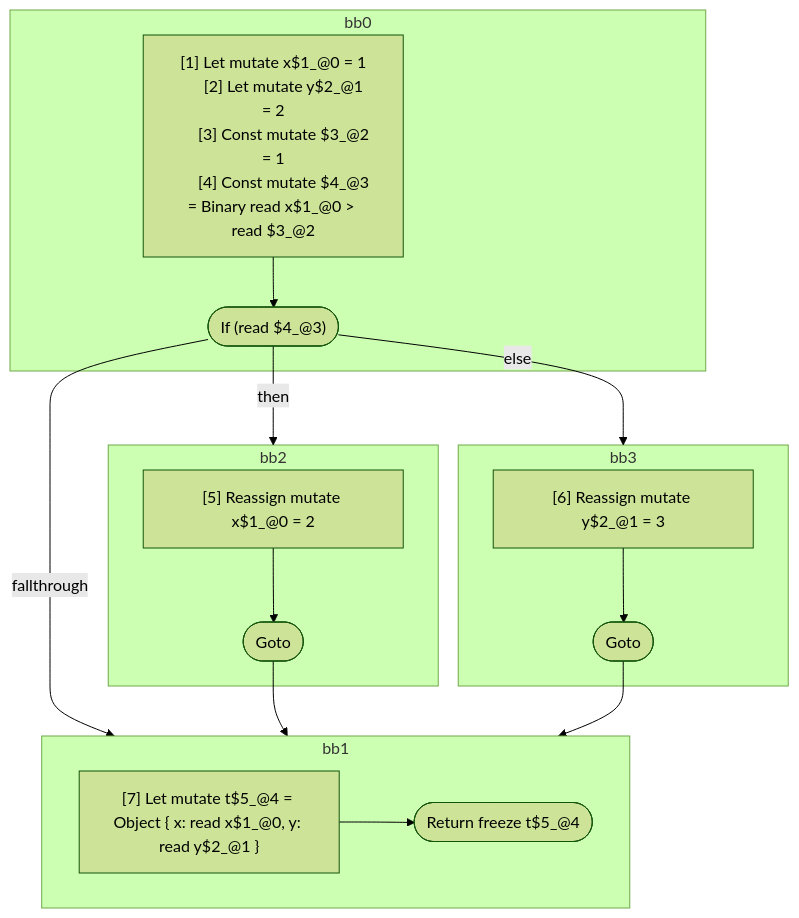
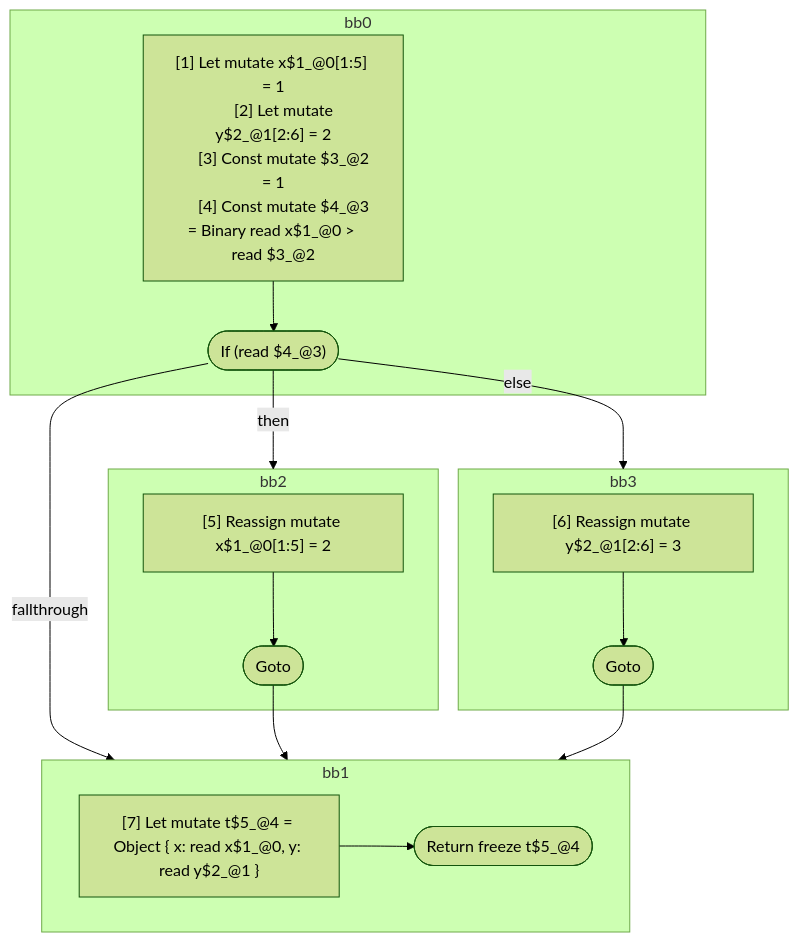
Before and after one commit to wutsmog/private: the diagram in compiler/forget/src/__tests__/fixtures/hir/ssa-objectexpression-phi.expect.md, drawn with Mermaid (forest theme). The commit also changed other lines of this file and 33 other files, not shown here.

````diff
--- a/compiler/forget/src/__tests__/fixtures/hir/ssa-objectexpression-phi.expect.md
+++ b/compiler/forget/src/__tests__/fixtures/hir/ssa-objectexpression-phi.expect.md
@@ -46,39 +46,39 @@
 ```mermaid
 flowchart TB
   %% Basic Blocks
   subgraph bb0
     bb0_instrs["
-      [1] Let mutate x$1_@0 = 1
-      [2] Let mutate y$2_@1 = 2
+      [1] Let mutate x$1_@0[1:5] = 1
+      [2] Let mutate y$2_@1[2:6] = 2
       [3] Const mutate $3_@2 = 1
       [4] Const mutate $4_@3 = Binary read x$1_@0 > read $3_@2
     "]
     bb0_instrs --> bb0_terminal(["If (read $4_@3)"])
   end
   subgraph bb2
     bb2_instrs["
-      [5] Reassign mutate x$1_@0 = 2
+      [5] Reassign mutate x$1_@0[1:5] = 2
     "]
     bb2_instrs --> bb2_terminal(["Goto"])
   end
   subgraph bb3
     bb3_instrs["
-      [6] Reassign mutate y$2_@1 = 3
+      [6] Reassign mutate y$2_@1[2:6] = 3
     "]
     bb3_instrs --> bb3_terminal(["Goto"])
   end
   subgraph bb1
     bb1_instrs["
       [7] Let mutate t$5_@4 = Object { x: read x$1_@0, y: read y$2_@1 }
     "]
     bb1_instrs --> bb1_terminal(["Return freeze t$5_@4"])
   end
 
   %% Jumps
   bb0_terminal -- then --> bb2
   bb0_terminal -- else --> bb3
   bb0_terminal -- fallthrough --> bb1
   bb2_terminal --> bb1
   bb3_terminal --> bb1
 
 ```
````
